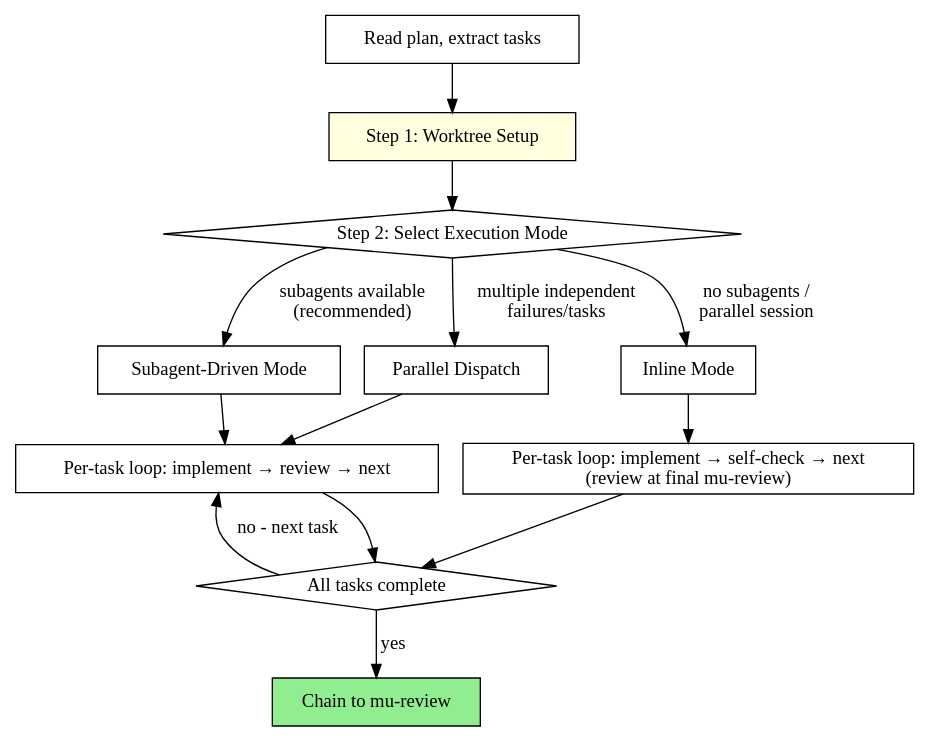
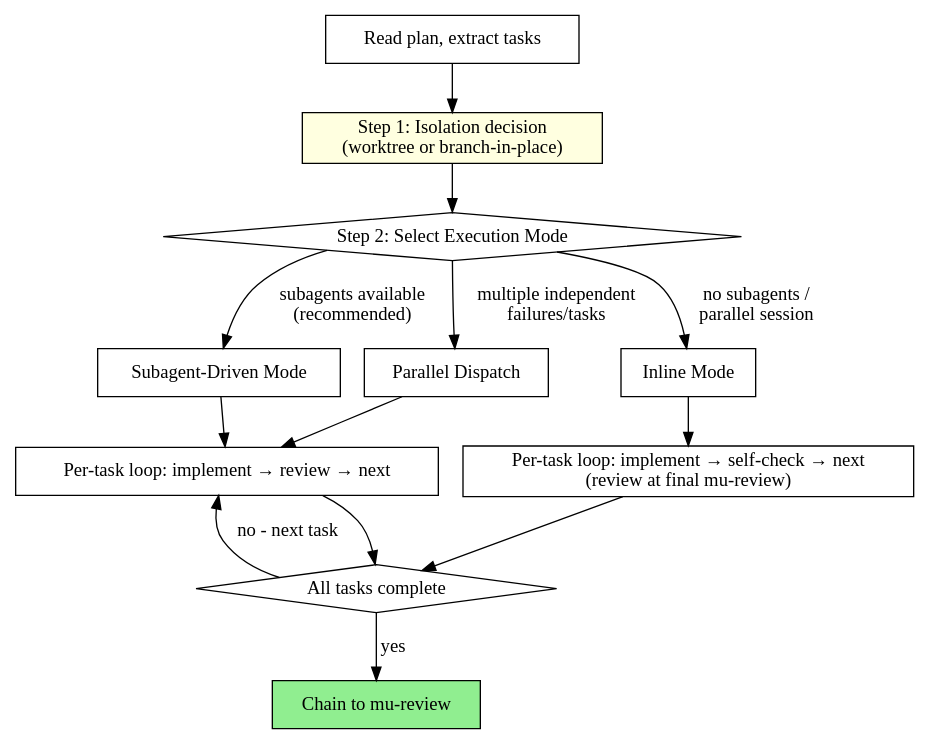
One commit to knotmark-ai/devmuse changed the first of 4 diagrams in skills/mu-code/SKILL.md. Above: the diagram before and after it, drawn with Graphviz. The commit also changed other lines of this file and 1 other file, not shown here.

First line of the commit message:
refactor(mu-code): slim — proportionate isolation, dedup TDD defenses, disclose parallel dispatch

````diff
--- a/skills/mu-code/SKILL.md
+++ b/skills/mu-code/SKILL.md
@@ -20,29 +20,29 @@
 ```dot
 digraph process_overview {
     rankdir=TB;
 
     "Read plan, extract tasks" [shape=box];
-    "Step 1: Worktree Setup" [shape=box style=filled fillcolor=lightyellow];
+    "Step 1: Isolation decision\n(worktree or branch-in-place)" [shape=box style=filled fillcolor=lightyellow];
     "Step 2: Select Execution Mode" [shape=diamond];
     "Subagent-Driven Mode" [shape=box];
     "Inline Mode" [shape=box];
     "Parallel Dispatch" [shape=box];
     "Per-task loop: implement → review → next" [shape=box];
     "All tasks complete" [shape=diamond];
     "Chain to mu-review" [shape=box style=filled fillcolor=lightgreen];
 
-    "Read plan, extract tasks" -> "Step 1: Worktree Setup";
-    "Step 1: Worktree Setup" -> "Step 2: Select Execution Mode";
+    "Read plan, extract tasks" -> "Step 1: Isolation decision\n(worktree or branch-in-place)";
+    "Step 1: Isolation decision\n(worktree or branch-in-place)" -> "Step 2: Select Execution Mode";
     "Step 2: Select Execution Mode" -> "Subagent-Driven Mode" [label="subagents available\n(recommended)"];
     "Step 2: Select Execution Mode" -> "Inline Mode" [label="no subagents /\nparallel session"];
     "Step 2: Select Execution Mode" -> "Parallel Dispatch" [label="multiple independent\nfailures/tasks"];
     "Per-task loop: implement → self-check → next\n(review at final mu-review)" [shape=box];
     "Subagent-Driven Mode" -> "Per-task loop: implement → review → next";
     "Inline Mode" -> "Per-task loop: implement → self-check → next\n(review at final mu-review)";
     "Per-task loop: implement → self-check → next\n(review at final mu-review)" -> "All tasks complete";
     "Parallel Dispatch" -> "Per-task loop: implement → review → next";
     "Per-task loop: implement → review → next" -> "All tasks complete";
     "All tasks complete" -> "Chain to mu-review" [label="yes"];
     "All tasks complete" -> "Per-task loop: implement → review → next" [label="no - next task"];
 }
 ```
````
